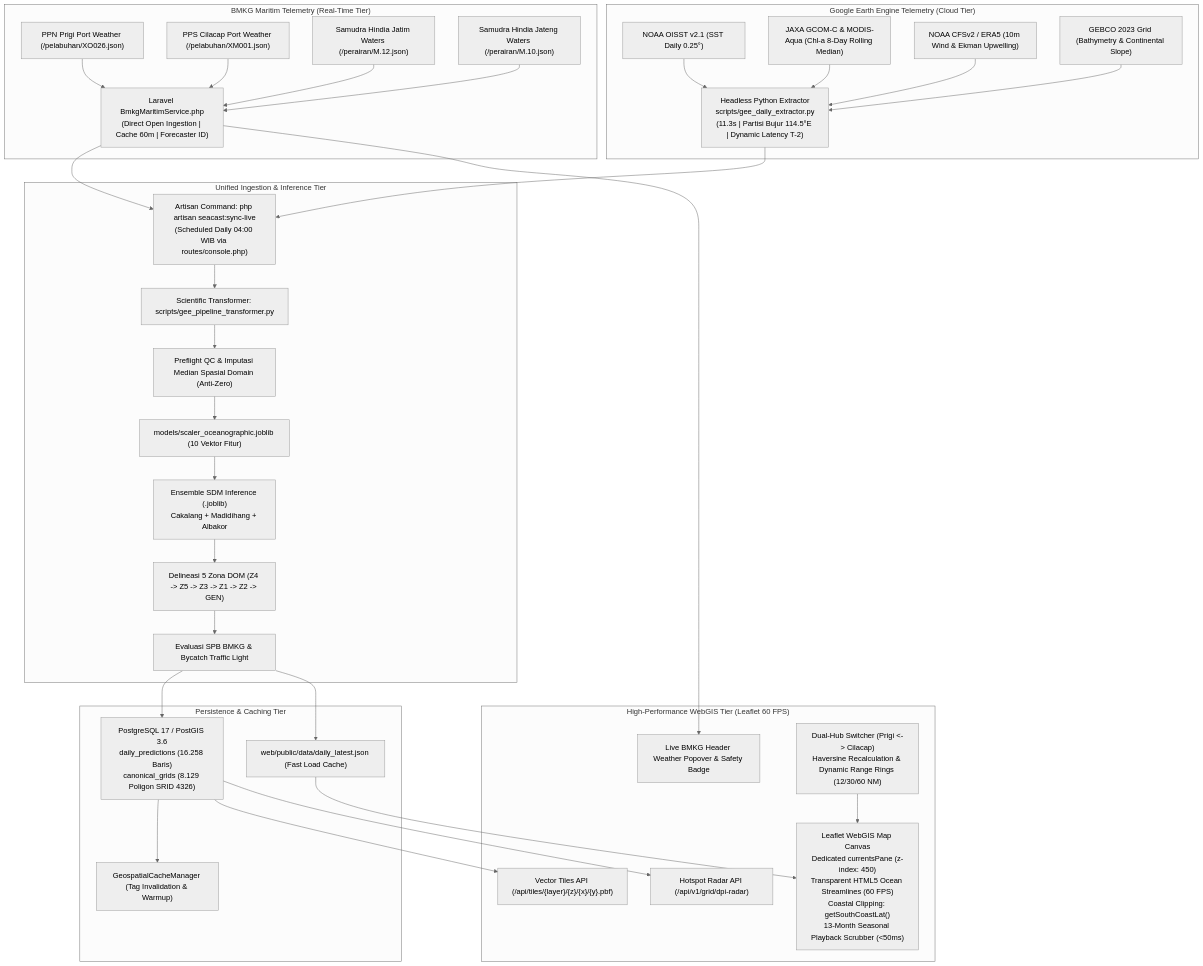
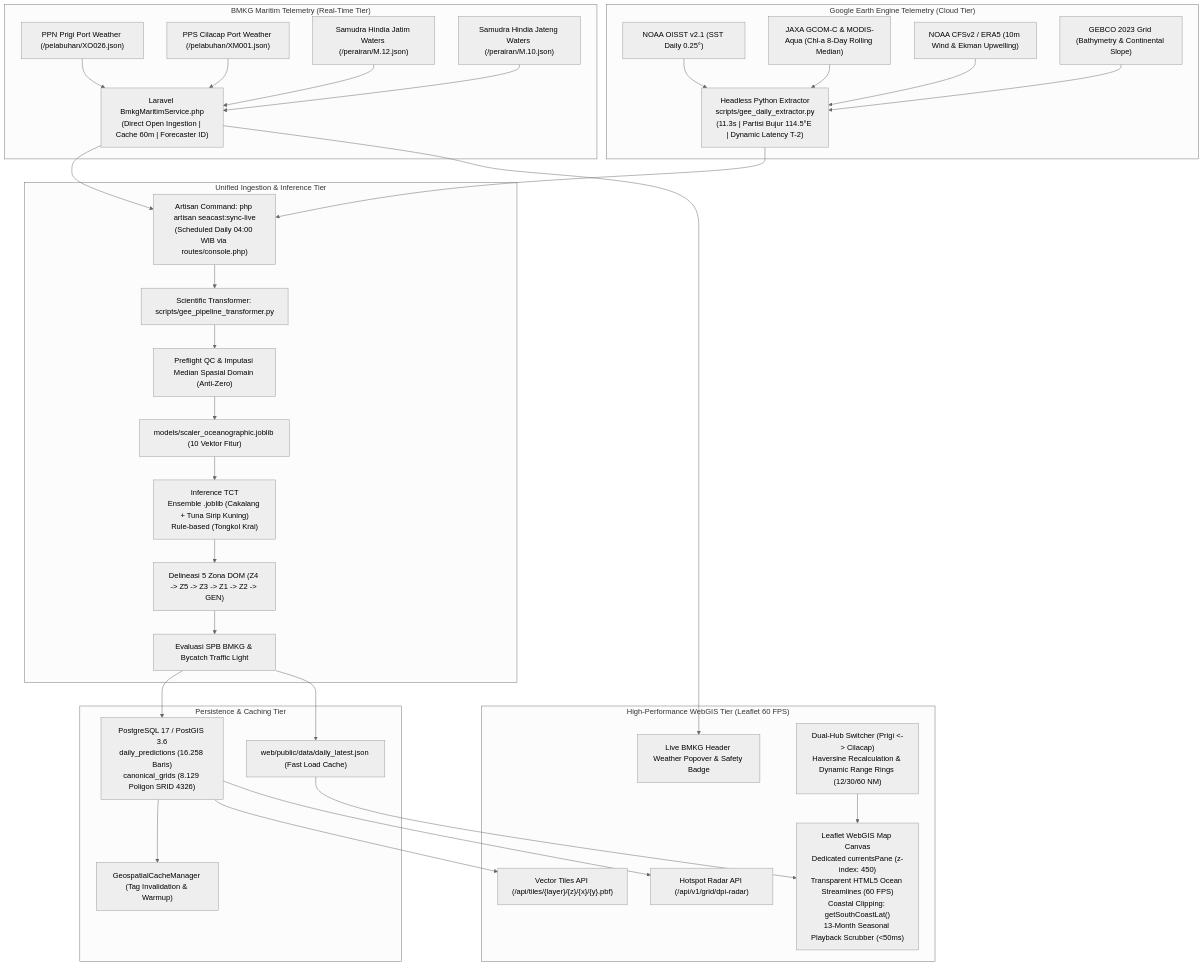
The diagram in docs/project/SEACAST_GEE_WEB_INTEGRATION_ARCHITECTURE.md (ZyrexR/seacast-wpp573), drawn with Mermaid (neutral theme) before and after one commit. The commit also changed other lines of this file and 25 other files, not shown here.

````diff
--- a/docs/project/SEACAST_GEE_WEB_INTEGRATION_ARCHITECTURE.md
+++ b/docs/project/SEACAST_GEE_WEB_INTEGRATION_ARCHITECTURE.md
@@ -18,45 +18,45 @@
 ```mermaid
 flowchart TD
     subgraph SATELLITE ["Google Earth Engine Telemetry (Cloud Tier)"]
         S1["NOAA OISST v2.1 (SST Daily 0.25°)"]
         S2["JAXA GCOM-C & MODIS-Aqua (Chl-a 8-Day Rolling Median)"]
         S3["NOAA CFSv2 / ERA5 (10m Wind & Ekman Upwelling)"]
         S4["GEBCO 2023 Grid (Bathymetry & Continental Slope)"]
         
         S1 & S2 & S3 & S4 --> EXTRACTOR["Headless Python Extractor<br/>scripts/gee_daily_extractor.py<br/>(11.3s | Partisi Bujur 114.5°E | Dynamic Latency T-2)"]
     end
 
     subgraph METEOROLOGY ["BMKG Maritim Telemetry (Real-Time Tier)"]
         B1["PPN Prigi Port Weather (/pelabuhan/XO026.json)"]
         B2["PPS Cilacap Port Weather (/pelabuhan/XM001.json)"]
         B3["Samudra Hindia Jatim Waters (/perairan/M.12.json)"]
         B4["Samudra Hindia Jateng Waters (/perairan/M.10.json)"]
         
         B1 & B2 & B3 & B4 --> BMKG_SVC["Laravel BmkgMaritimService.php<br/>(Direct Open Ingestion | Cache 60m | Forecaster ID)"]
     end
 
     subgraph ORCHESTRATION ["Unified Ingestion & Inference Tier"]
         EXTRACTOR --> SYNC_CLI["Artisan Command: php artisan seacast:sync-live<br/>(Scheduled Daily 04:00 WIB via routes/console.php)"]
         BMKG_SVC --> SYNC_CLI
         SYNC_CLI --> TRANS["Scientific Transformer: scripts/gee_pipeline_transformer.py"]
         TRANS --> QC["Preflight QC & Imputasi Median Spasial Domain (Anti-Zero)"]
         QC --> SCL["models/scaler_oceanographic.joblib (10 Vektor Fitur)"]
-        SCL --> ENS["Ensemble SDM Inference (.joblib)<br/>Cakalang + Madidihang + Albakor"]
+        SCL --> ENS["Inference TCT<br/>Ensemble .joblib (Cakalang + Tuna Sirip Kuning)<br/>Rule-based (Tongkol Krai)"]
         ENS --> DOM["Delineasi 5 Zona DOM (Z4 -> Z5 -> Z3 -> Z1 -> Z2 -> GEN)"]
         DOM --> SAF["Evaluasi SPB BMKG & Bycatch Traffic Light"]
     end
 
     subgraph STORAGE ["Persistence & Caching Tier"]
         SAF --> PG_WRITE["PostgreSQL 17 / PostGIS 3.6<br/>daily_predictions (16.258 Baris)<br/>canonical_grids (8.129 Poligon SRID 4326)"]
         SAF --> JSON_FAST["web/public/data/daily_latest.json (Fast Load Cache)"]
         PG_WRITE --> CACHE_MGR["GeospatialCacheManager (Tag Invalidation & Warmup)"]
     end
 
     subgraph PRESENTATION ["High-Performance WebGIS Tier (Leaflet 60 FPS)"]
         PG_WRITE --> API_MVT["Vector Tiles API (/api/tiles/{layer}/{z}/{x}/{y}.pbf)"]
         PG_WRITE --> API_RADAR["Hotspot Radar API (/api/v1/grid/dpi-radar)"]
         JSON_FAST --> WEBGIS["Leaflet WebGIS Map Canvas<br/>Dedicated currentsPane (z-index: 450)<br/>Transparent HTML5 Ocean Streamlines (60 FPS)<br/>Coastal Clipping: getSouthCoastLat()<br/>13-Month Seasonal Playback Scrubber (&lt;50ms)"]
         BMKG_SVC --> HEADER_POP["Live BMKG Header Weather Popover & Safety Badge"]
         CORRIDOR["Dual-Hub Switcher (Prigi &lt;-&gt; Cilacap)<br/>Haversine Recalculation & Dynamic Range Rings (12/30/60 NM)"] --> WEBGIS
     end
 ```
````
